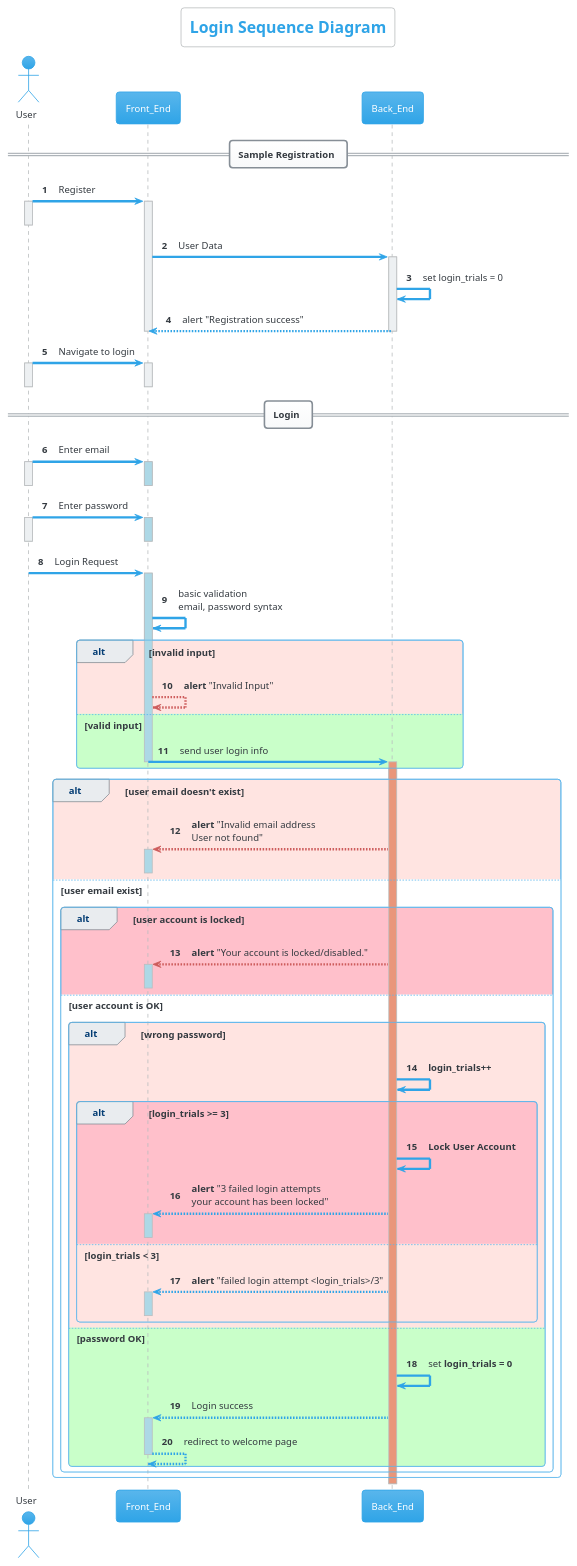
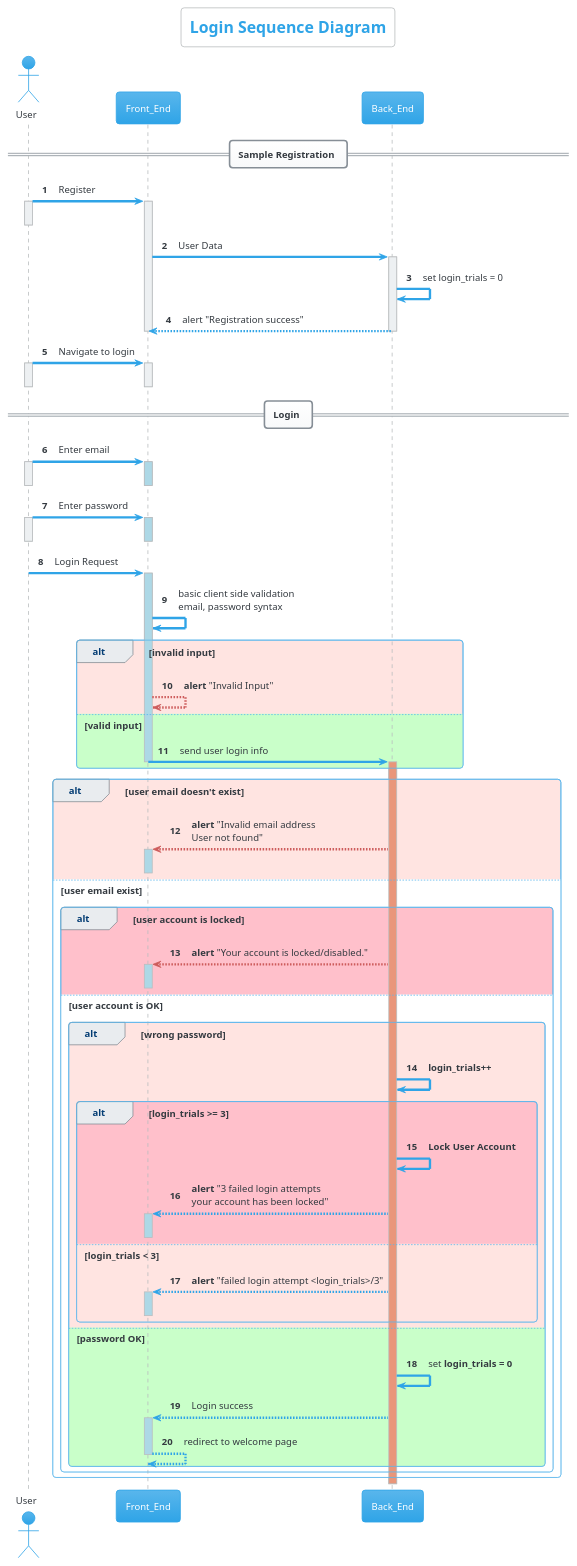
One commit to HossamElwahsh/sprints-automotive changed the diagram in SWE/SWE_02_DrawYourFirstSequenceDiagram/Login_Sequence.puml. Above: the diagram before and after it, drawn with PlantUML. The commit also changed 2 other files, not shown here.

```diff
--- a/SWE/SWE_02_DrawYourFirstSequenceDiagram/Login_Sequence.puml
+++ b/SWE/SWE_02_DrawYourFirstSequenceDiagram/Login_Sequence.puml
@@ -1,95 +1,95 @@
 @startuml
 'https://plantuml.com/sequence-diagram
 'Author: Hossam Elwahsh
 !theme cerulean
 title Login Sequence Diagram
 autonumber
 actor User
 
 skinparam backgroundColor #white
 
 == Sample Registration ==
 User -> Front_End: Register
 activate Front_End
 activate User
 deactivate User
 Front_End -> Back_End: User Data
 activate Back_End
 Back_End -> Back_End: set login_trials = 0
 Back_End --> Front_End: alert "Registration success"
 deactivate Back_End
 deactivate Front_End
 
 User -> Front_End: Navigate to login
 activate Front_End
 activate User
 deactivate Front_End
 deactivate User
 
 == Login ==
 User -> Front_End: Enter email
 activate Front_End #lightblue
 activate User
 deactivate Front_End
 deactivate User
 User -> Front_End: Enter password
 activate Front_End #lightblue
 deactivate Front_End
 activate User
 deactivate User
 
 User -> Front_End: Login Request
 activate Front_End #lightblue
-Front_End -> Front_End: basic validation\nemail, password syntax
+Front_End -> Front_End: basic client side validation\nemail, password syntax
 
 alt #mistyrose invalid input
     Front_End -[#indianred]-> Front_End: **alert** "Invalid Input"
 
 else #technology valid input
     Front_End -> Back_End: send user login info
 
     deactivate Front_End #lightblue
     activate Back_End #darkSalmon
 end
 
 alt #mistyrose user email doesn't exist
 
 Back_End -[#indianred]-> Front_End: **alert** "Invalid email address\nUser not found"
 activate Front_End #lightblue
 deactivate Front_End
 
 else #white user email exist
     alt #pink user account is locked
     Back_End -[#indianred]-> Front_End: **alert** "Your account is locked/disabled."
     activate Front_End #lightblue
     deactivate Front_End
 
     else #white user account is OK
         alt #mistyrose wrong password
         Back_End -> Back_End: **login_trials++**
 
             alt #pink login_trials >= 3
                 Back_End -> Back_End: **Lock User Account**
                 Back_End --> Front_End: **alert** "3 failed login attempts\nyour account has been locked"
                 activate Front_End #lightblue
                 deactivate Front_End
 
             else #mistyrose login_trials < 3
             Back_End --> Front_End: **alert** "failed login attempt <login_trials>/3"
             activate Front_End #lightblue
             deactivate Front_End
 
             end
 
         else #technology password OK
             Back_End -> Back_End: set **login_trials = 0**
             Back_End --> Front_End: Login success
             activate Front_End #lightblue
             Front_End --> Front_End: redirect to welcome page
             deactivate Front_End
         end
     end
 
 end
 
 @enduml
```
